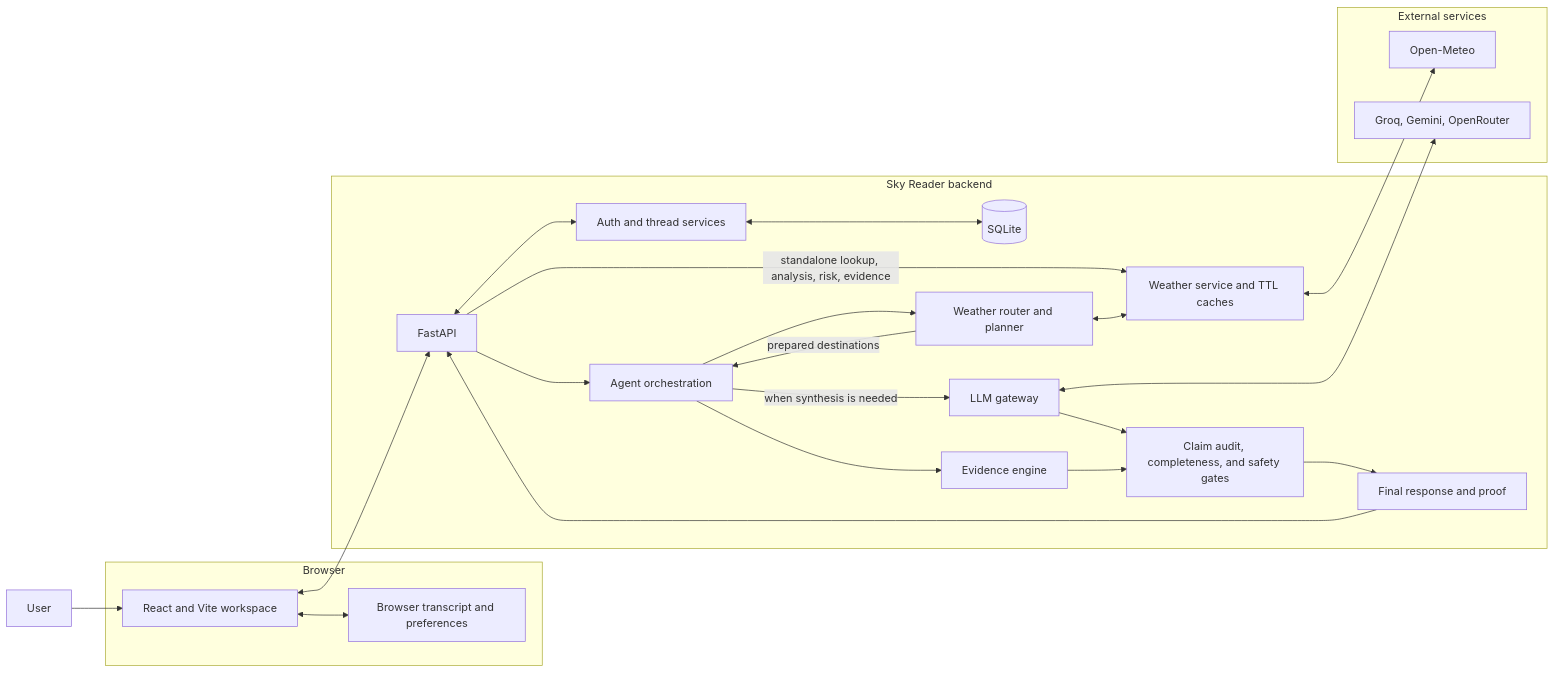
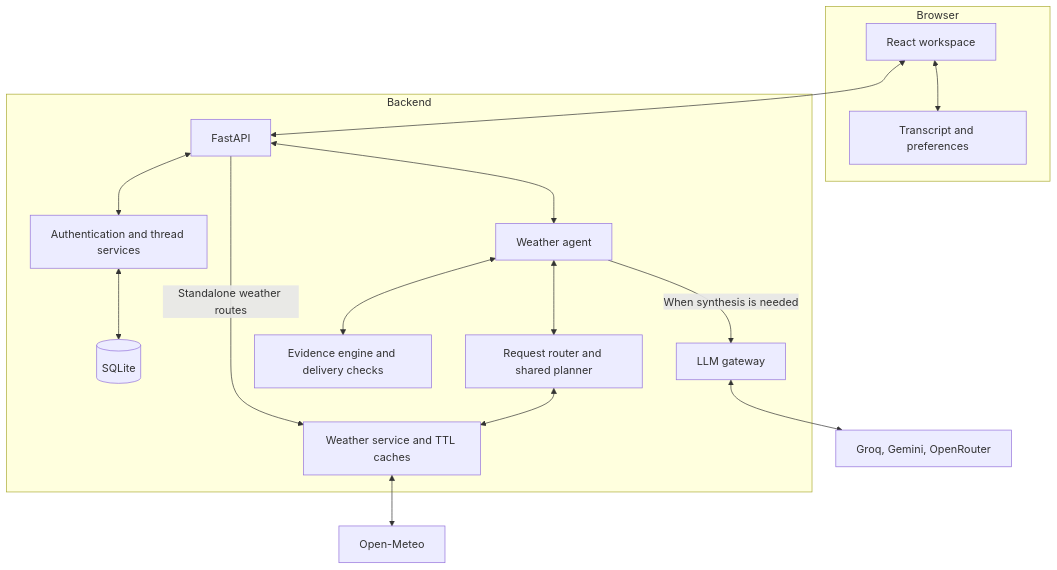
Before and after one commit to TaruneshM/Sky-Reader: the first of 5 diagrams in README.md, drawn with Mermaid. The commit also changed other lines of this file, not shown here.

````diff
--- a/README.md
+++ b/README.md
@@ -33,42 +45,19 @@
 ```mermaid
-flowchart LR
-    U["User"]
-    subgraph Browser["Browser"]
-        UI["React and Vite workspace"]
-        BS["Browser transcript and preferences"]
-        UI <--> BS
+flowchart TB
+    subgraph Client["Browser"]
+        UI["React workspace"] <--> Local["Transcript and preferences"]
     end
-    subgraph Backend["Sky Reader backend"]
-        API["FastAPI"]
-        State["Auth and thread services"]
-        DB[("SQLite")]
-        Agent["Agent orchestration"]
-        Plan["Weather router and planner"]
-        Weather["Weather service and TTL caches"]
-        Evidence["Evidence engine"]
-        Gateway["LLM gateway"]
-        Checks["Claim audit, completeness, and safety gates"]
-        Delivery["Final response and proof"]
-        API <--> State
-        State <--> DB
-        API --> Agent
-        API -->|"standalone lookup, analysis, risk, evidence"| Weather
-        Agent --> Plan
-        Plan <--> Weather
-        Plan -->|"prepared destinations"| Agent
-        Agent --> Evidence
-        Agent -->|"when synthesis is needed"| Gateway
-        Gateway --> Checks
-        Evidence --> Checks
-        Checks --> Delivery
-        Delivery --> API
+    UI <--> API["FastAPI"]
+    subgraph Server["Backend"]
+        API <--> Threads["Authentication and thread services"]
+        Threads <--> DB[("SQLite")]
+        API <--> Agent["Weather agent"]
+        Agent <--> Planner["Request router and shared planner"]
+        Planner <--> Weather["Weather service and TTL caches"]
+        API -->|"Standalone weather routes"| Weather
+        Agent <--> Evidence["Evidence engine and delivery checks"]
+        Agent -->|"When synthesis is needed"| Gateway["LLM gateway"]
     end
-    subgraph External["External services"]
-        OM["Open-Meteo"]
-        LLM["Groq, Gemini, OpenRouter"]
-    end
-    U --> UI
-    UI <--> API
-    Weather <--> OM
-    Gateway <--> LLM
+    Weather <--> OM["Open-Meteo"]
+    Gateway <--> Providers["Groq, Gemini, OpenRouter"]
 ```
````
